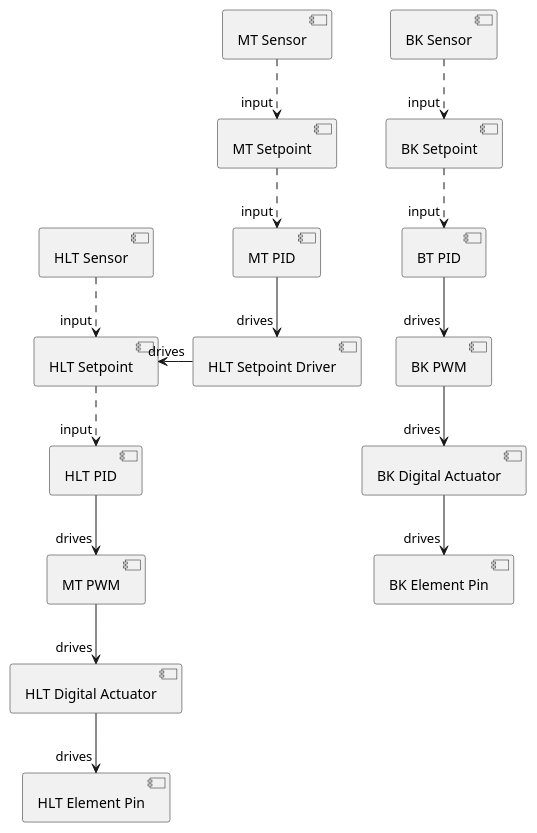
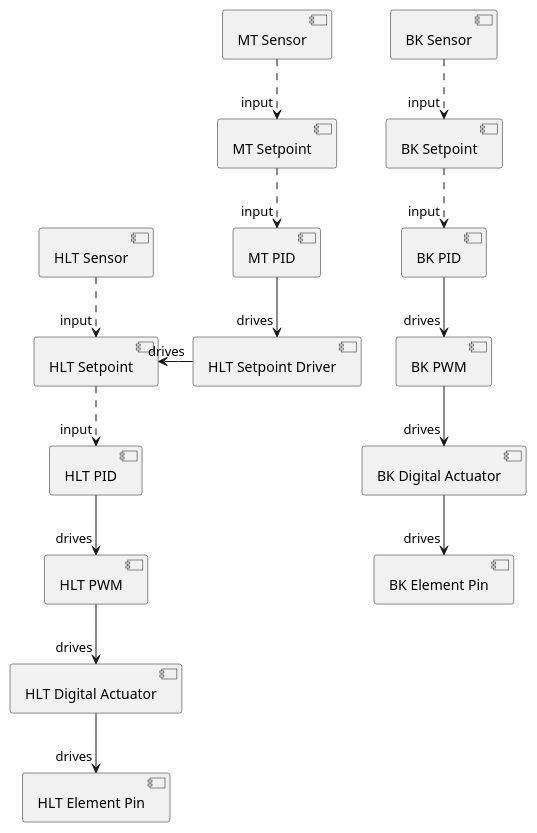
The diagram in docs/uml/herms_chain.puml (BrewBlox/brewblox-documentation), drawn with PlantUML before and after one commit.

Commit message:
fix names in herms diagram

```diff
--- a/docs/uml/herms_chain.puml
+++ b/docs/uml/herms_chain.puml
@@ -1,40 +1,40 @@
 @startuml HERMS
 component HLT_PID as "HLT PID"
-component BK_PID as "BT PID"
+component BK_PID as "BK PID"
 component MT_PID as "MT PID"
 
-component HLT_PWM as "MT PWM"
+component HLT_PWM as "HLT PWM"
 component BK_PWM as "BK PWM"
 
 component HLT_Digital as "HLT Digital Actuator"
 component BK_Digital as "BK Digital Actuator"
 
 component HLT_Pin as "HLT Element Pin"
 component BK_Pin as "BK Element Pin"
 
 component HLT_SSP as "HLT Setpoint"
 component MT_SSP as "MT Setpoint"
 component BK_SSP as "BK Setpoint"
 component HLT_Sensor as "HLT Sensor"
 component BK_Sensor as "BK Sensor"
 component MT_Sensor as "MT Sensor"
 component HLT_Driver as "HLT Setpoint Driver"
 
 HLT_Sensor .down.> "input" HLT_SSP
 HLT_SSP .down.> "input" HLT_PID
 HLT_PID -down-> "drives" HLT_PWM
 HLT_PWM -down-> "drives" HLT_Digital
 HLT_Digital -down-> "drives" HLT_Pin
 
 MT_Sensor .down.> "input" MT_SSP
 MT_SSP .down.> "input" MT_PID
 MT_PID -down-> "drives" HLT_Driver
 HLT_Driver -left-> "drives" HLT_SSP
 
 BK_Sensor .down.> "input" BK_SSP
 BK_SSP .down.> "input" BK_PID
 BK_PID -down-> "drives" BK_PWM
 BK_PWM -down-> "drives" BK_Digital
 BK_Digital -down-> "drives" BK_Pin
 
 @enduml
```
